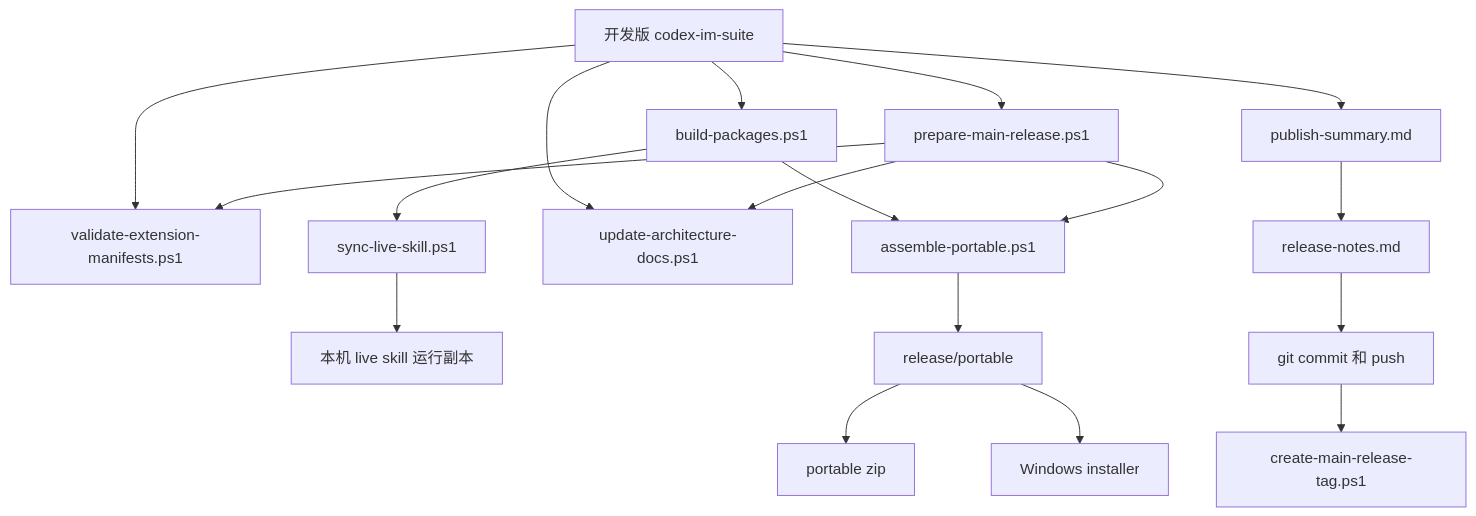
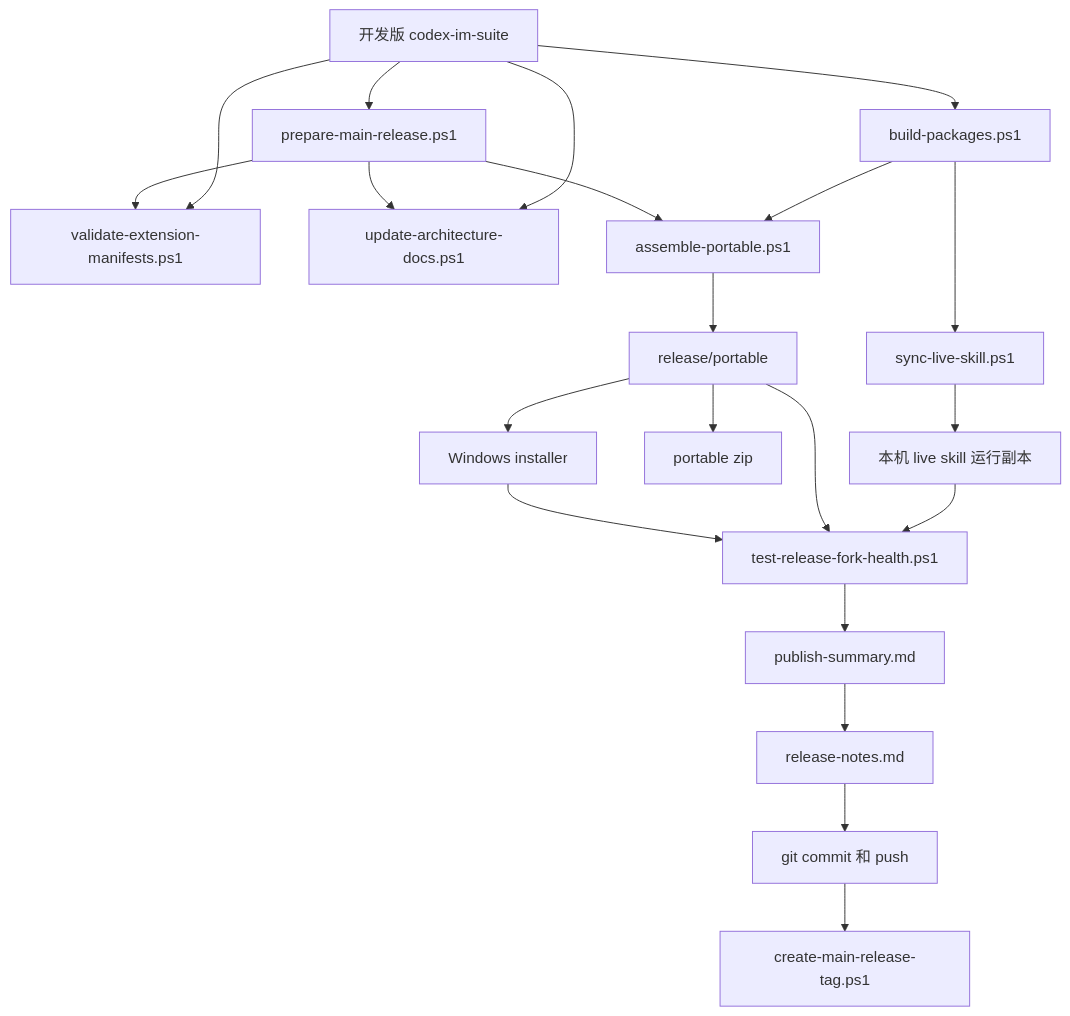
One commit to dddfuxi/codex-im-suite changed the eighth of 8 diagrams in docs/PROJECT-ARCHITECTURE.md. Above: the diagram before and after it, drawn with Mermaid. The commit also changed other lines of this file and 94 other files, not shown here.

````diff
--- a/docs/PROJECT-ARCHITECTURE.md
+++ b/docs/PROJECT-ARCHITECTURE.md
@@ -711,20 +723,23 @@
 ```mermaid
 flowchart TD
   DevTree[开发版 codex-im-suite] --> BuildPackages[build-packages.ps1]
   DevTree --> ValidateManifest[validate-extension-manifests.ps1]
   BuildPackages --> SyncLive[sync-live-skill.ps1]
   SyncLive --> LiveRuntime[本机 live skill 运行副本]
   DevTree --> ArchCheck[update-architecture-docs.ps1]
   BuildPackages --> Assemble[assemble-portable.ps1]
   Assemble --> Portable[release/portable]
   Portable --> Zip[portable zip]
   Portable --> Installer[Windows installer]
+  LiveRuntime --> ForkHealth[test-release-fork-health.ps1]
+  Portable --> ForkHealth
+  Installer --> ForkHealth
+  ForkHealth --> PublishSummary[publish-summary.md]
   DevTree --> MainPreflight[prepare-main-release.ps1]
   MainPreflight --> ValidateManifest
   MainPreflight --> ArchCheck
   MainPreflight --> Assemble
-  DevTree --> PublishSummary[publish-summary.md]
   PublishSummary --> ReleaseNotes[release-notes.md]
   ReleaseNotes --> Git[git commit 和 push]
   Git --> Tag[create-main-release-tag.ps1]
 ```
````
